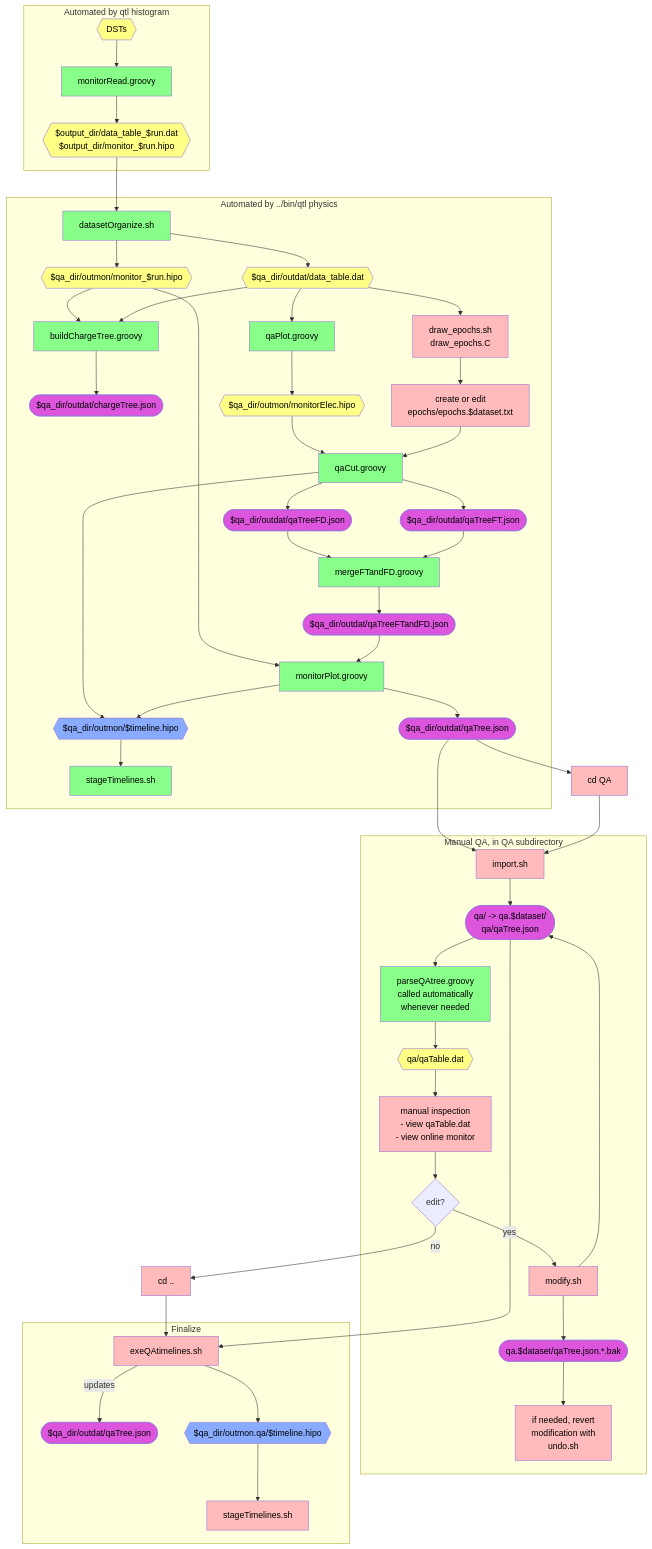
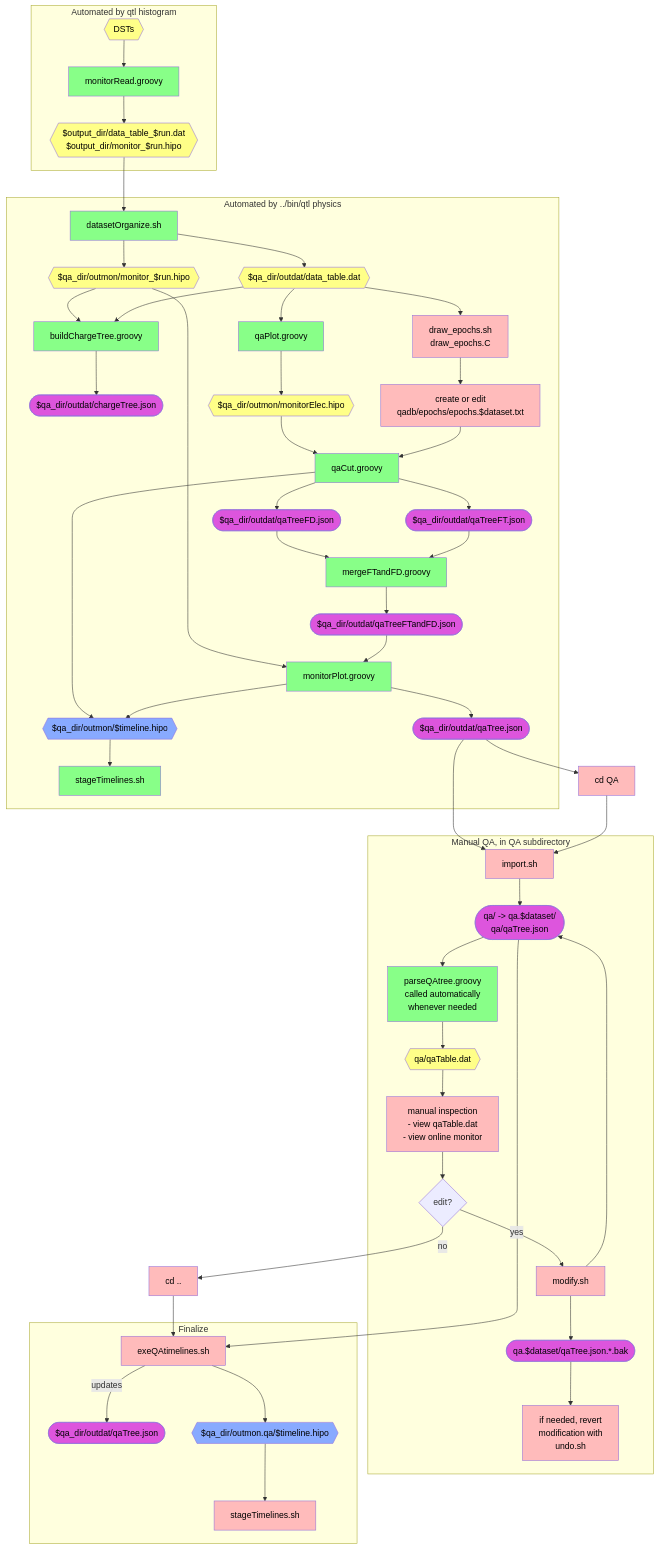
The second of 2 diagrams in qa-physics/docs/docDiagram.md (JeffersonLab/clas12-timeline), drawn with Mermaid before and after one commit. The commit also changed 36 other files, not shown here.

Commit message:
refactor: move epochs and cutdef files to `qadb/`

```diff
--- a/qa-physics/docs/docDiagram.md
+++ b/qa-physics/docs/docDiagram.md
@@ -53,7 +53,7 @@
 
       qaPlot[qaPlot.groovy]:::auto
       outdatFiles --> draw_epochs[draw_epochs.sh<br />draw_epochs.C]:::manual
-      draw_epochs --> createEpochs[create or edit<br>epochs/epochs.$dataset.txt]:::manual
+      draw_epochs --> createEpochs[create or edit<br>qadb/epochs/epochs.$dataset.txt]:::manual
       monitorElec{{$qa_dir/outmon/monitorElec.hipo}}:::data
       outdatFiles --> qaPlot
       qaPlot --> monitorElec
```
